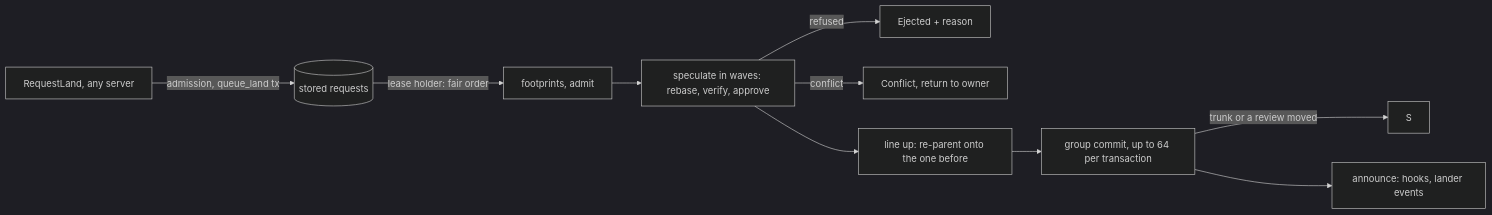
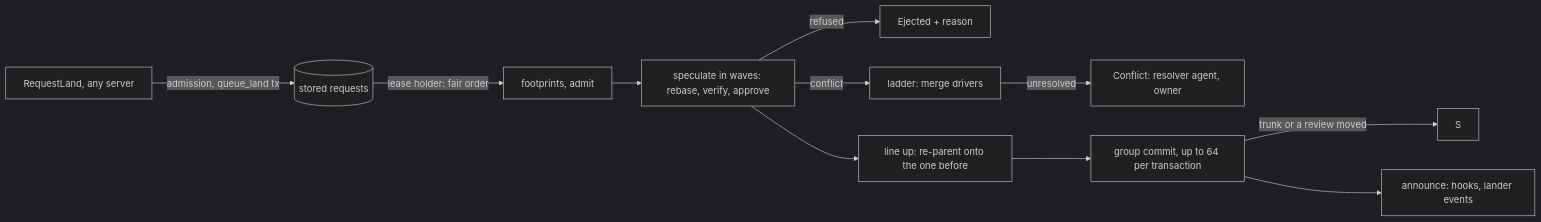
Before and after one commit to envoy1084/rill: the diagram in architecture/04-workflow/landing.md, drawn with Mermaid (dark theme). The commit also changed other lines of this file and 31 other files, not shown here.

First line of the commit message:
lander: conflict ladder with union, generated and regenerate merge drivers

````diff
--- a/architecture/04-workflow/landing.md
+++ b/architecture/04-workflow/landing.md
@@ -15,12 +15,13 @@
 ```mermaid
 flowchart LR
     RL[RequestLand, any server] -->|admission, queue_land tx| Q[(stored requests)]
     Q -->|lease holder: fair order| F[footprints, admit]
     F --> R[speculate in waves: rebase, verify, approve]
     R -->|refused| E[Ejected + reason]
-    R -->|conflict| C[Conflict, return to owner]
+    R -->|conflict| D[ladder: merge drivers]
+    D -->|unresolved| C[Conflict: resolver agent, owner]
     R --> L[line up: re-parent onto the one before]
     L --> G[group commit, up to 64 per transaction]
     G -->|trunk or a review moved| S
     G --> N[announce: hooks, lander events]
 ```
````
